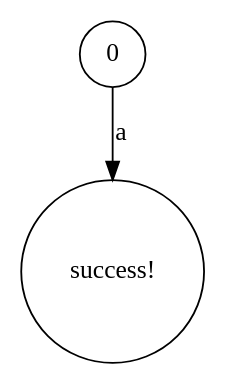
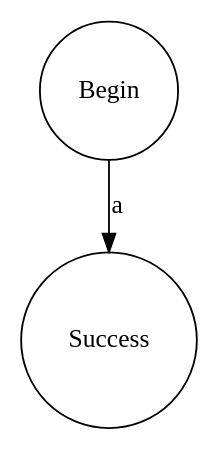
The diagram in MyRegEngine/bin/Debug/netcoreapp3.1/TestCase0.dot (ayanamists/MyRegEngine), drawn with Graphviz before and after one commit. The commit also changed 26 other files, not shown here.

```diff
--- a/MyRegEngine/bin/Debug/netcoreapp3.1/TestCase0.dot
+++ b/MyRegEngine/bin/Debug/netcoreapp3.1/TestCase0.dot
@@ -1,1 +1,1 @@
-digraph TestCase0 { 0 [shape=circle,label="0"]; success [shape=circle,label="success!"]; 0 -> success[label="a"]; }
+digraph TestCase0 { 0 [shape=circle,label="Begin"]; 1 [shape=circle,label="Success"]; 0 -> 1[label="a"]; }
```
